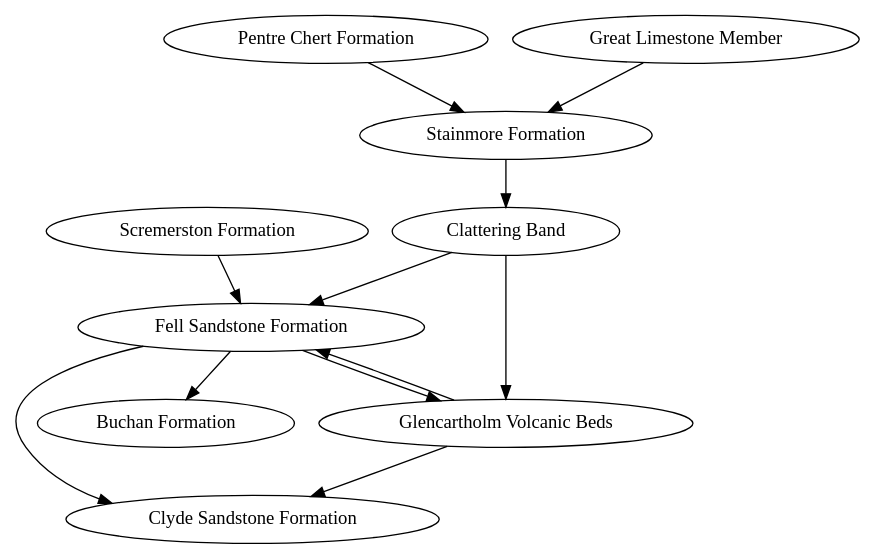
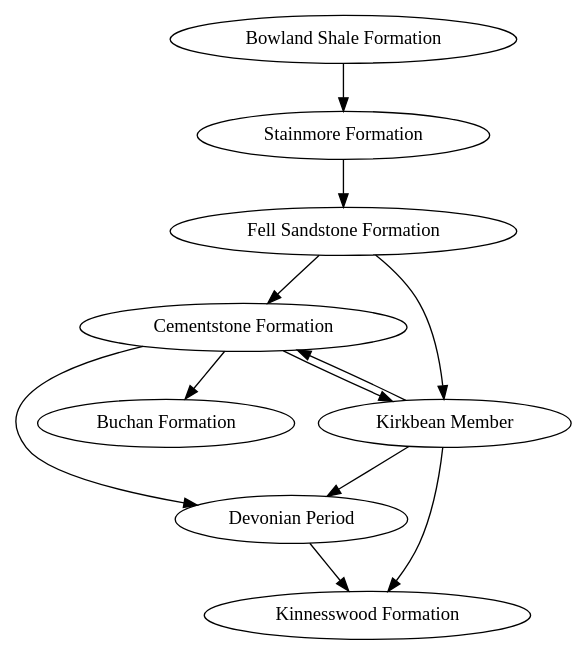
One commit to BritishGeologicalSurvey/stratigraph changed the diagram in data/doc.dot. Above: the diagram before and after it, drawn with Graphviz. The commit also changed 1 other file, not shown here.

Commit message:
add the SVG export of the document graph

```diff
--- a/data/doc.dot
+++ b/data/doc.dot
@@ -1,22 +1,21 @@
 strict digraph  {
+"Bowland Shale Formation";
+"Stainmore Formation";
+"Cementstone Formation";
 "Fell Sandstone Formation";
-"Clattering Band";
-"Clyde Sandstone Formation";
-"Glencartholm Volcanic Beds";
+"Devonian Period";
+"Kinnesswood Formation";
+"Kirkbean Member";
 "Buchan Formation";
-"Pentre Chert Formation";
-"Stainmore Formation";
-"Great Limestone Member";
-"Scremerston Formation";
-"Fell Sandstone Formation" -> "Clyde Sandstone Formation";
-"Fell Sandstone Formation" -> "Glencartholm Volcanic Beds";
-"Fell Sandstone Formation" -> "Buchan Formation";
-"Clattering Band" -> "Fell Sandstone Formation";
-"Clattering Band" -> "Glencartholm Volcanic Beds";
-"Glencartholm Volcanic Beds" -> "Fell Sandstone Formation";
-"Glencartholm Volcanic Beds" -> "Clyde Sandstone Formation";
-"Pentre Chert Formation" -> "Stainmore Formation";
-"Stainmore Formation" -> "Clattering Band";
-"Great Limestone Member" -> "Stainmore Formation";
-"Scremerston Formation" -> "Fell Sandstone Formation";
+"Bowland Shale Formation" -> "Stainmore Formation";
+"Stainmore Formation" -> "Fell Sandstone Formation";
+"Cementstone Formation" -> "Devonian Period";
+"Cementstone Formation" -> "Kirkbean Member";
+"Cementstone Formation" -> "Buchan Formation";
+"Fell Sandstone Formation" -> "Cementstone Formation";
+"Fell Sandstone Formation" -> "Kirkbean Member";
+"Devonian Period" -> "Kinnesswood Formation";
+"Kirkbean Member" -> "Devonian Period";
+"Kirkbean Member" -> "Kinnesswood Formation";
+"Kirkbean Member" -> "Cementstone Formation";
 }
```
